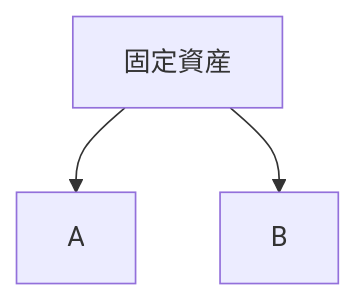
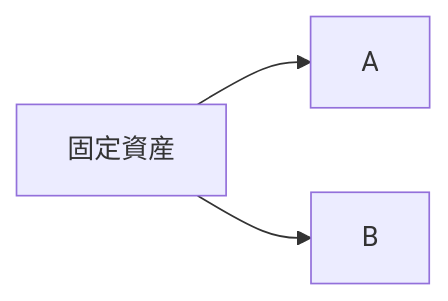
Before and after one commit to bebetakumi/mermaid: the diagram in 固定資産/固定資産の分類.md, drawn with Mermaid.

````diff
--- a/固定資産/固定資産の分類.md
+++ b/固定資産/固定資産の分類.md
@@ -7,7 +7,7 @@
 ```mermaid
-graph TD
+graph LR
 
 固定資産 --> A
 固定資産 --> B
 
 ```
````
